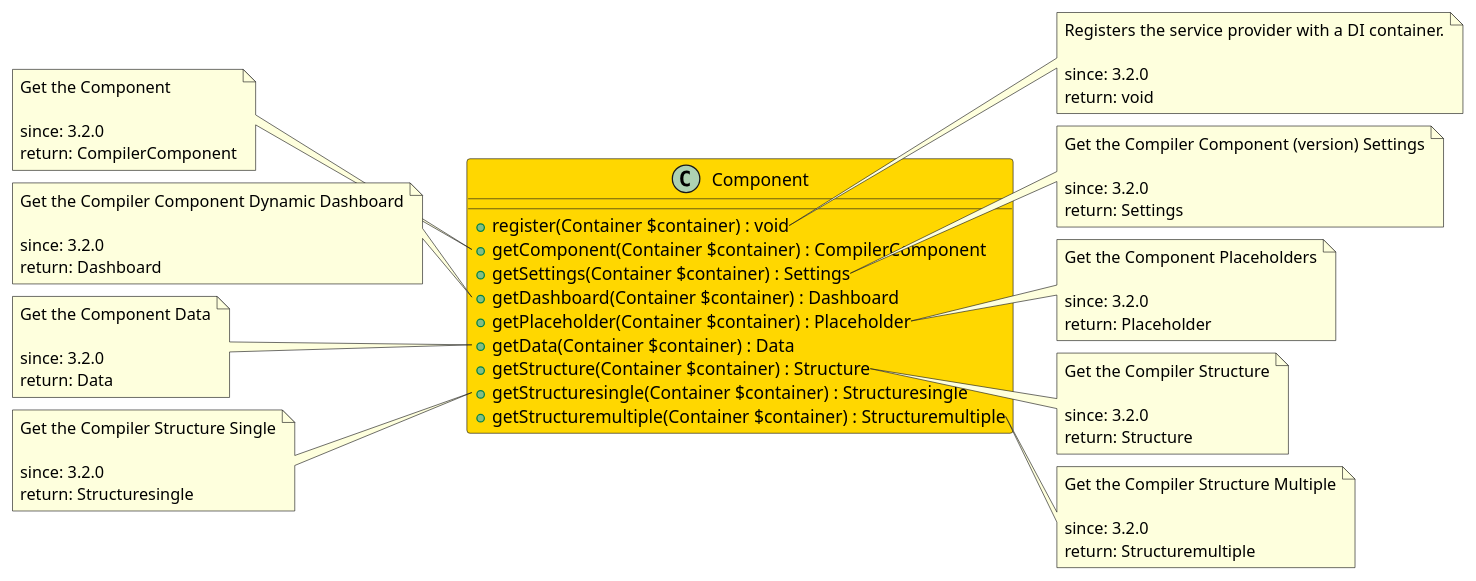
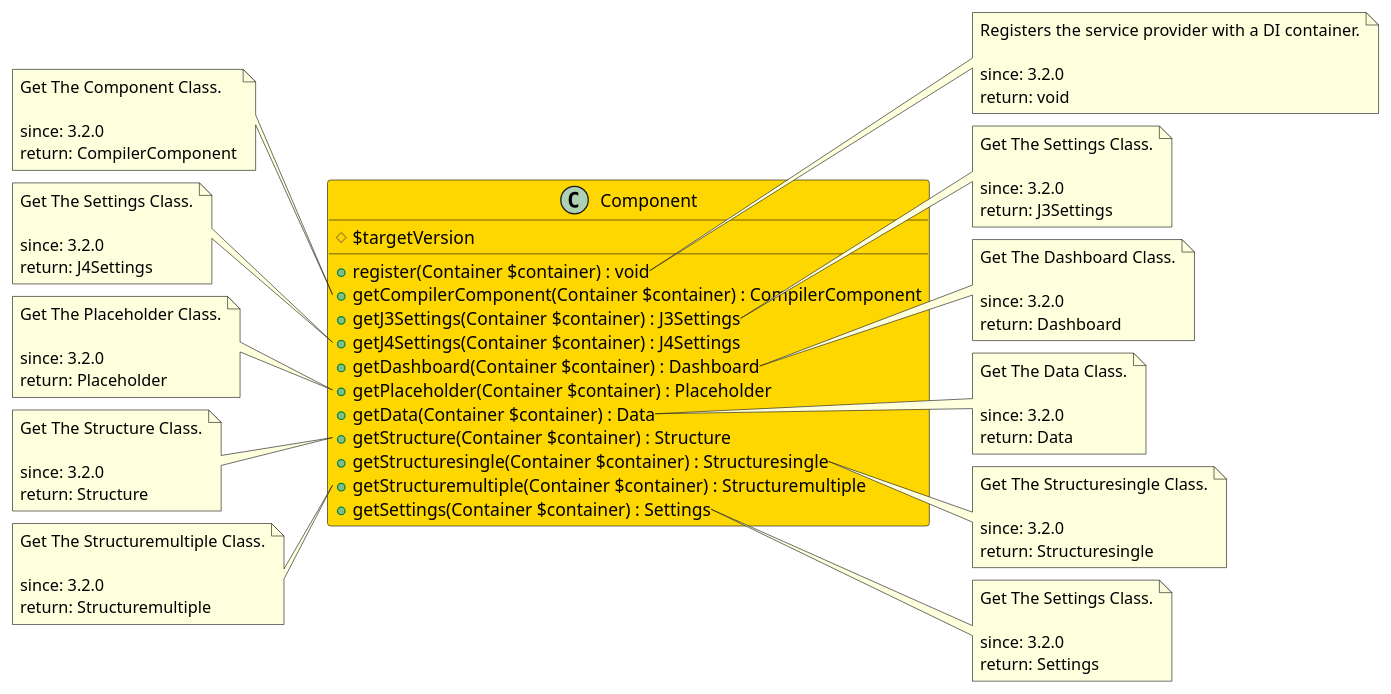
One commit to joomengine/jcb-compiler changed the diagram in src/8a63e87b-b39b-4a15-8044-9b2a2f4fb61c/README.md. Above: the diagram before and after it, drawn with PlantUML. The commit also changed 399 other files, not shown here.

````diff
--- a/src/8a63e87b-b39b-4a15-8044-9b2a2f4fb61c/README.md
+++ b/src/8a63e87b-b39b-4a15-8044-9b2a2f4fb61c/README.md
@@ -11,15 +11,18 @@
 ```uml
 @startuml
 class Component  #Gold {
+  # $targetVersion
   + register(Container $container) : void
-  + getComponent(Container $container) : CompilerComponent
-  + getSettings(Container $container) : Settings
+  + getCompilerComponent(Container $container) : CompilerComponent
+  + getJ3Settings(Container $container) : J3Settings
+  + getJ4Settings(Container $container) : J4Settings
   + getDashboard(Container $container) : Dashboard
   + getPlaceholder(Container $container) : Placeholder
   + getData(Container $container) : Data
   + getStructure(Container $container) : Structure
   + getStructuresingle(Container $container) : Structuresingle
   + getStructuremultiple(Container $container) : Structuremultiple
+  + getSettings(Container $container) : Settings
 }
 
 note right of Component::register
@@ -29,61 +32,75 @@
   return: void
 end note
 
-note left of Component::getComponent
-  Get the Component
+note left of Component::getCompilerComponent
+  Get The Component Class.
 
   since: 3.2.0
   return: CompilerComponent
 end note
 
-note right of Component::getSettings
-  Get the Compiler Component (version) Settings
+note right of Component::getJ3Settings
+  Get The Settings Class.
 
   since: 3.2.0
-  return: Settings
+  return: J3Settings
 end note
 
-note left of Component::getDashboard
-  Get the Compiler Component Dynamic Dashboard
+note left of Component::getJ4Settings
+  Get The Settings Class.
+
+  since: 3.2.0
+  return: J4Settings
+end note
+
+note right of Component::getDashboard
+  Get The Dashboard Class.
 
   since: 3.2.0
   return: Dashboard
 end note
 
-note right of Component::getPlaceholder
-  Get the Component Placeholders
+note left of Component::getPlaceholder
+  Get The Placeholder Class.
 
   since: 3.2.0
   return: Placeholder
 end note
 
-note left of Component::getData
-  Get the Component Data
+note right of Component::getData
+  Get The Data Class.
 
   since: 3.2.0
   return: Data
 end note
 
-note right of Component::getStructure
-  Get the Compiler Structure
+note left of Component::getStructure
+  Get The Structure Class.
 
   since: 3.2.0
   return: Structure
 end note
 
-note left of Component::getStructuresingle
-  Get the Compiler Structure Single
+note right of Component::getStructuresingle
+  Get The Structuresingle Class.
 
   since: 3.2.0
   return: Structuresingle
 end note
 
-note right of Component::getStructuremultiple
-  Get the Compiler Structure Multiple
+note left of Component::getStructuremultiple
+  Get The Structuremultiple Class.
 
   since: 3.2.0
   return: Structuremultiple
 end note
+
+note right of Component::getSettings
+  Get The Settings Class.
+
+  since: 3.2.0
+  return: Settings
+end note
  
 @enduml
 ```
````
